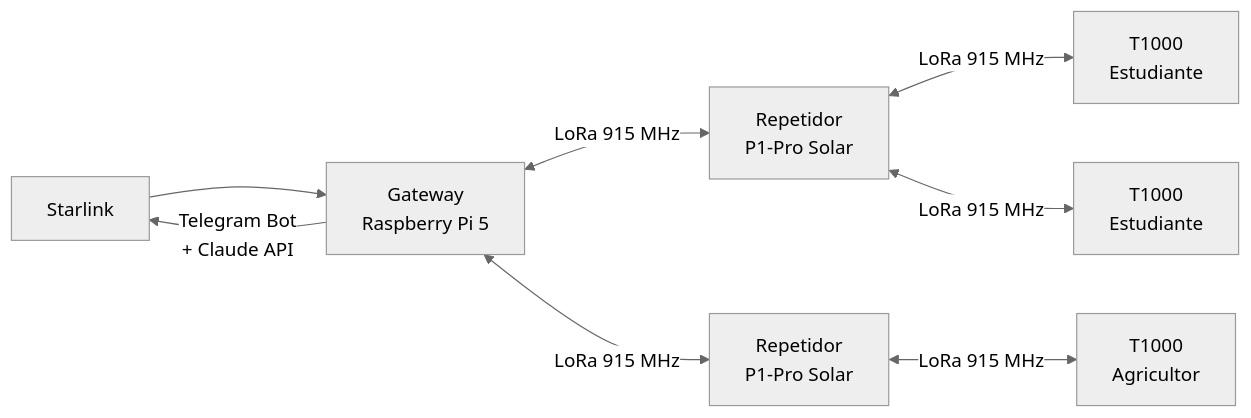
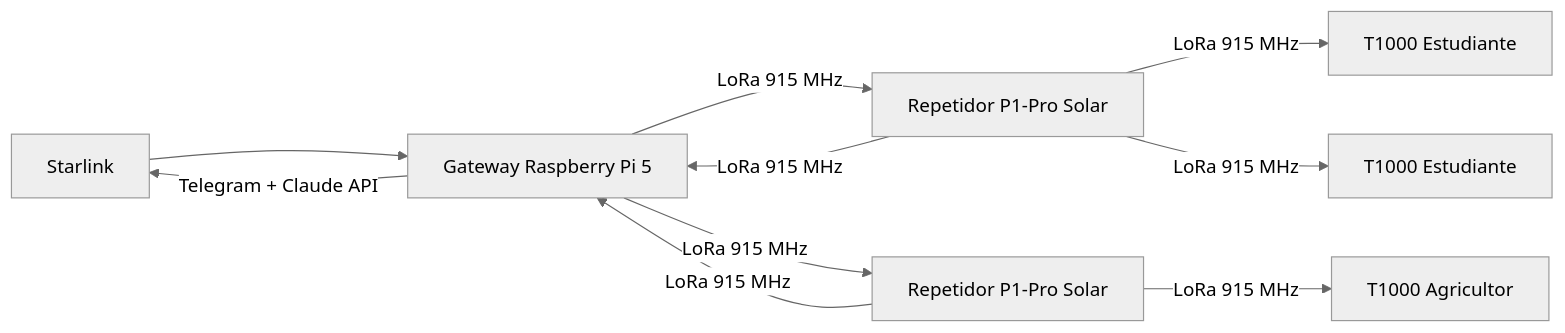
The diagram in content/blog/lora-915-mhz-frecuencia-libre-zonas-rurales.es.mdx (pablofelipe01/lor-landing), drawn with Mermaid (neutral theme) before and after one commit. The commit also changed other lines of this file and 1 other file, not shown here.

Commit message:
fix: escape MDX-breaking angle brackets in LoRa article
- <200 m → &lt;200 m in comparison table (both langs)
- <--> → explicit directional arrows in Mermaid diagram (both langs)

````diff
--- a/content/blog/lora-915-mhz-frecuencia-libre-zonas-rurales.es.mdx
+++ b/content/blog/lora-915-mhz-frecuencia-libre-zonas-rurales.es.mdx
@@ -62,10 +62,12 @@
 ```mermaid
 graph LR
-    A[Starlink] --> B[Gateway\nRaspberry Pi 5]
-    B <-->|LoRa 915 MHz| C[Repetidor\nP1-Pro Solar]
-    B <-->|LoRa 915 MHz| D[Repetidor\nP1-Pro Solar]
-    C <-->|LoRa 915 MHz| E[T1000\nEstudiante]
-    C <-->|LoRa 915 MHz| F[T1000\nEstudiante]
-    D <-->|LoRa 915 MHz| G[T1000\nAgricultor]
-    B -->|Telegram Bot\n+ Claude API| A
+    A[Starlink] --> B[Gateway Raspberry Pi 5]
+    B -->|LoRa 915 MHz| C[Repetidor P1-Pro Solar]
+    C -->|LoRa 915 MHz| B
+    B -->|LoRa 915 MHz| D[Repetidor P1-Pro Solar]
+    D -->|LoRa 915 MHz| B
+    C -->|LoRa 915 MHz| E[T1000 Estudiante]
+    C -->|LoRa 915 MHz| F[T1000 Estudiante]
+    D -->|LoRa 915 MHz| G[T1000 Agricultor]
+    B -->|Telegram + Claude API| A
 ```
````
